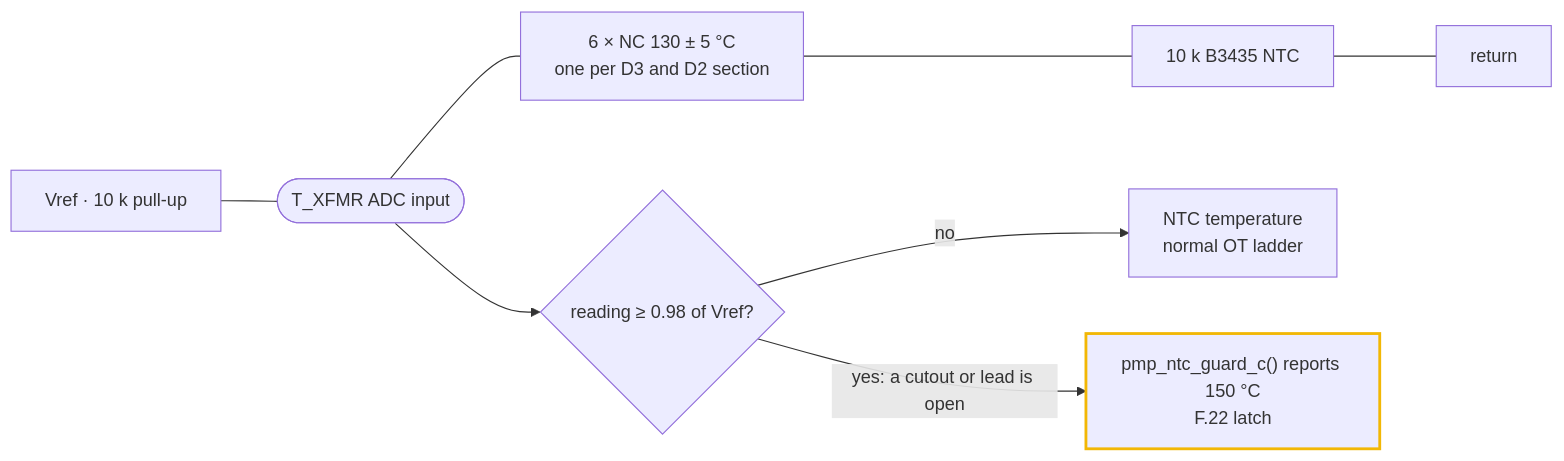
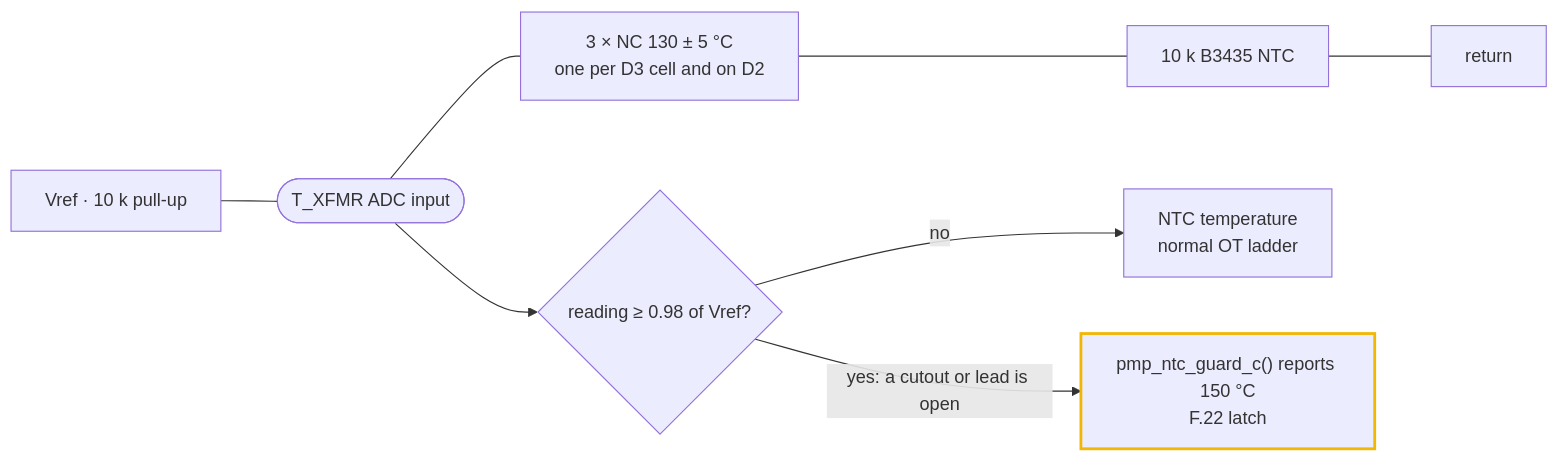
One commit to vectivolt/DC-Modules changed the fourth of 5 diagrams in docs/thermal-report.md. Above: the diagram before and after it, drawn with Mermaid. The commit also changed other lines of this file and 121 other files, not shown here.

````diff
--- a/docs/thermal-report.md
+++ b/docs/thermal-report.md
@@ -272,10 +302,10 @@
 ```mermaid
 flowchart LR
   V["Vref · 10 k pull-up"] --- A(["T_XFMR ADC input"])
-  A --- K["6 × NC 130 ± 5 °C<br/>one per D3 and D2 section"]
+  A --- K["3 × NC 130 ± 5 °C<br/>one per D3 cell and on D2"]
   K --- N["10 k B3435 NTC"] --- G["return"]
   A --> Q{"reading ≥ 0.98 of Vref?"}
   Q -->|"no"| T["NTC temperature<br/>normal OT ladder"]
   Q -->|"yes: a cutout or lead is open"| F["pmp_ntc_guard_c() reports 150 °C<br/>F.22 latch"]
   style F stroke:#f2b705,stroke-width:2.5px
 ```
````
